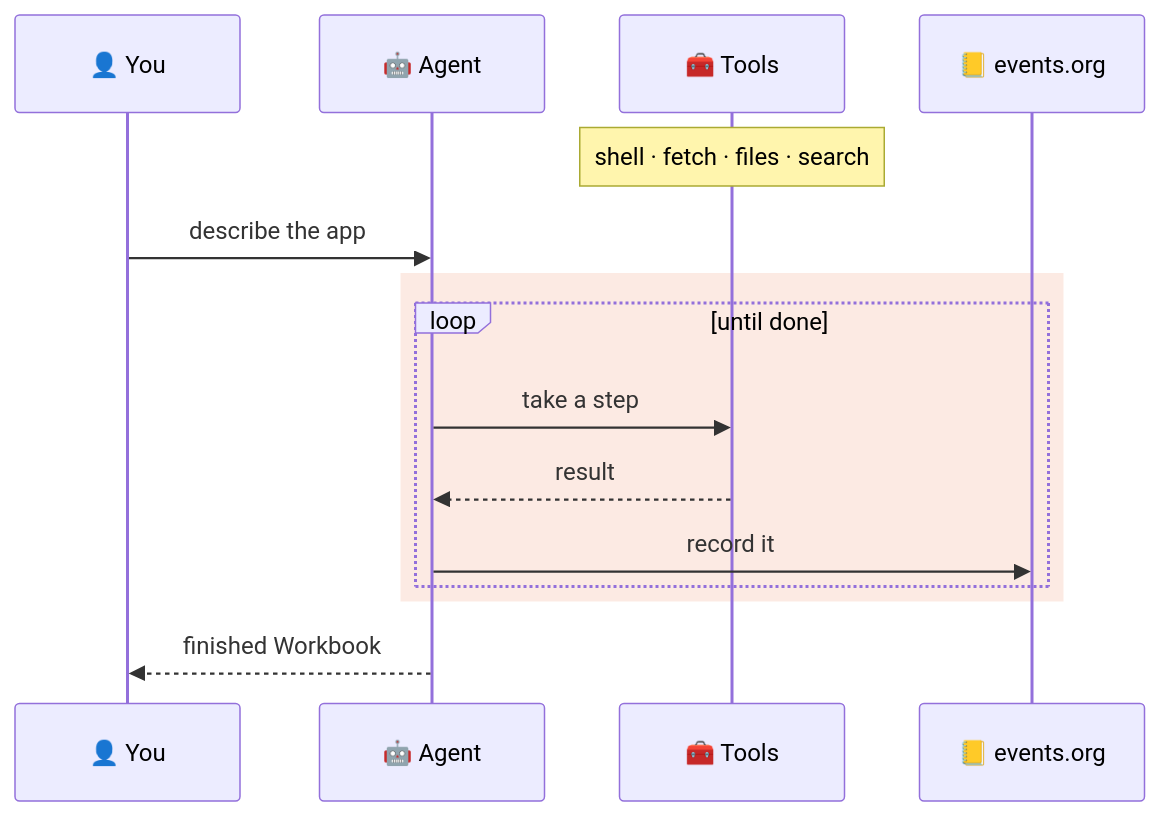
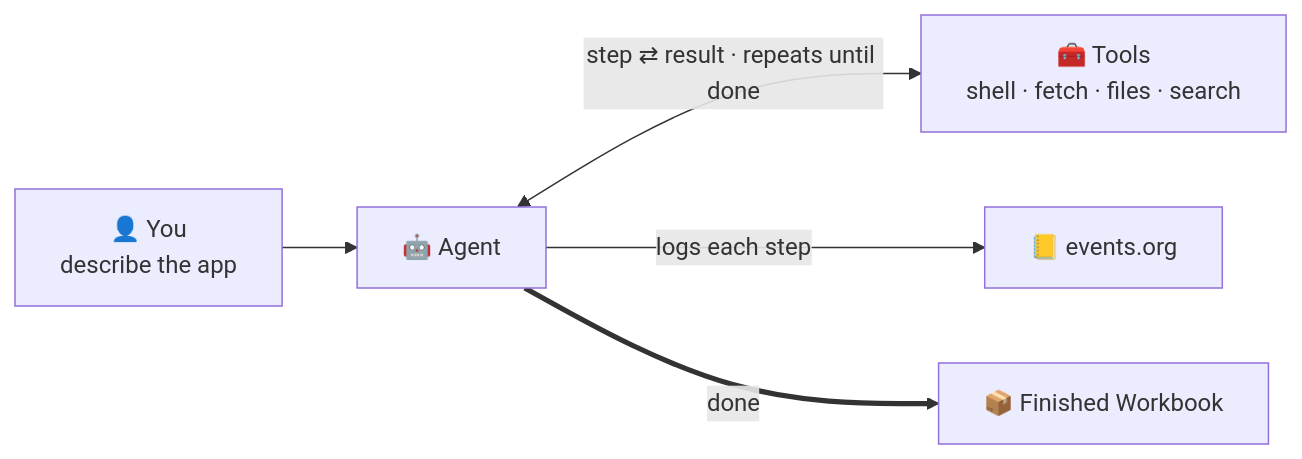
The third of 4 diagrams in README.md (workbooks-sh/workbooks.sh), drawn with Mermaid before and after one commit. The commit also changed other lines of this file, not shown here.

Commit message:
docs(readme): recast How-it-works as flowcharts — crisp edges, decision diamond, green/red branch nodes (no obscured lifelines)

````diff
--- a/README.md
+++ b/README.md
@@ -125,18 +125,7 @@
 ```mermaid
-sequenceDiagram
-    participant You as 👤 You
-    participant Agent as 🤖 Agent
-    participant Tools as 🧰 Tools
-    participant Log as 📒 events.org
-
-    Note over Tools: shell · fetch · files · search
-    You->>Agent: describe the app
-    rect rgba(232, 97, 42, 0.13)
-    loop until done
-        Agent->>Tools: take a step
-        Tools-->>Agent: result
-        Agent->>Log: record it
-    end
-    end
-    Agent-->>You: finished Workbook
+flowchart LR
+    You["👤 You<br/>describe the app"] --> Agent["🤖 Agent"]
+    Agent <-->|"step ⇄ result · repeats until done"| Tools["🧰 Tools<br/>shell · fetch · files · search"]
+    Agent -->|logs each step| Log["📒 events.org"]
+    Agent ==>|done| Done["📦 Finished Workbook"]
 ```
````
